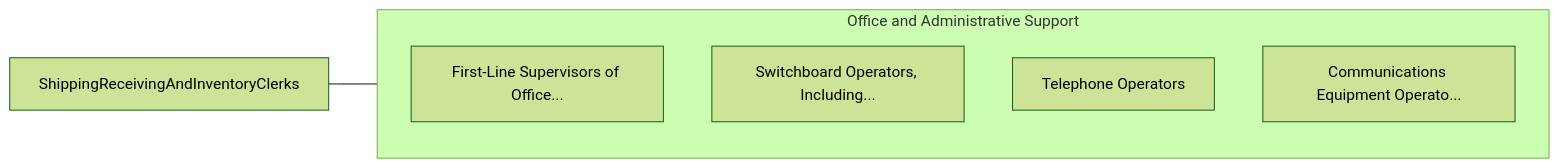
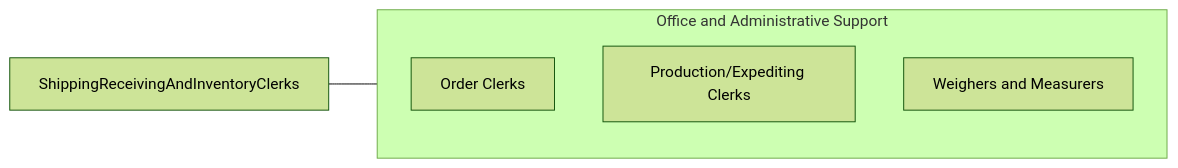
The third of 3 diagrams in occupations/Administrative/ShippingReceivingAndInventoryClerks.mdx (kziemski/business.org.ai), drawn with Mermaid (forest theme) before and after one commit. The commit also changed other lines of this file and 938 other files, not shown here.

````diff
--- a/occupations/Administrative/ShippingReceivingAndInventoryClerks.mdx
+++ b/occupations/Administrative/ShippingReceivingAndInventoryClerks.mdx
@@ -105,13 +99,10 @@
 ```mermaid
 graph LR
     Current["ShippingReceivingAndInventoryClerks"]
-
     subgraph SameCategory["Office and Administrative Support"]
-        FirstLineSupervisors["First-Line Supervisors of Office..."]
-        SwitchboardOperators["Switchboard Operators, Including..."]
-        TelephoneOperators["Telephone Operators"]
-        CommunicationsEquipm["Communications Equipment Operato..."]
+        ROrderClerks["Order Clerks"]
+        RProductionClerks["Production/Expediting Clerks"]
+        RWeighers["Weighers and Measurers"]
     end
-
     Current --- SameCategory
 ```
````
